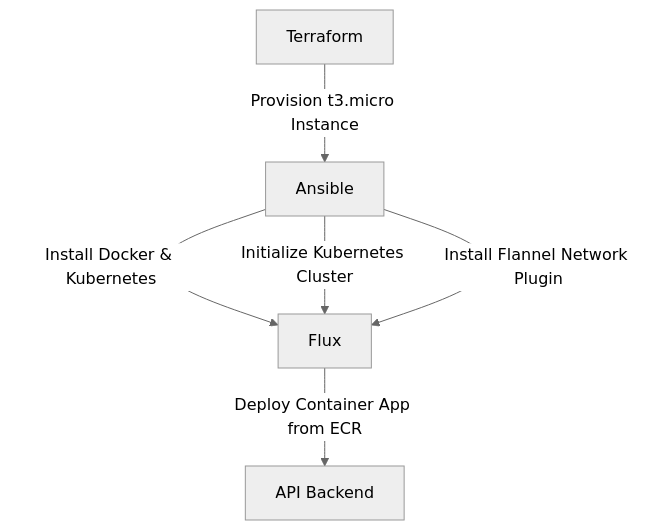
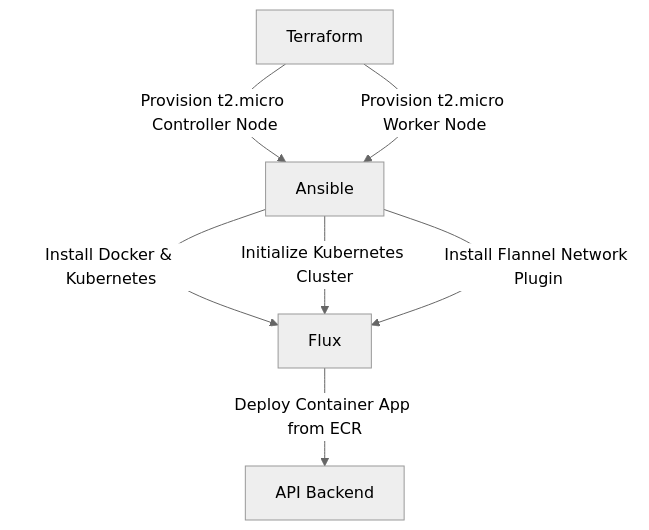
One commit to considerable/gitops-demo changed the diagram in Flux/README.md. Above: the diagram before and after it, drawn with Mermaid (neutral theme). The commit also changed other lines of this file, not shown here.

Commit message:
2xt2.micro

````diff
--- a/Flux/README.md
+++ b/Flux/README.md
@@ -52,8 +55,9 @@
 ```mermaid
 graph TD;
-    A[Terraform] -->|Provision t3.micro Instance| B[Ansible]
+    A[Terraform] -->|Provision t2.micro Controller Node| B[Ansible]
+    A -->|Provision t2.micro Worker Node| B
     B -->|Install Docker & Kubernetes| C[Flux]
     B -->|Initialize Kubernetes Cluster| C
     B -->|Install Flannel Network Plugin| C
     C -->|Deploy Container App from ECR| D[API Backend]
 ```
````
